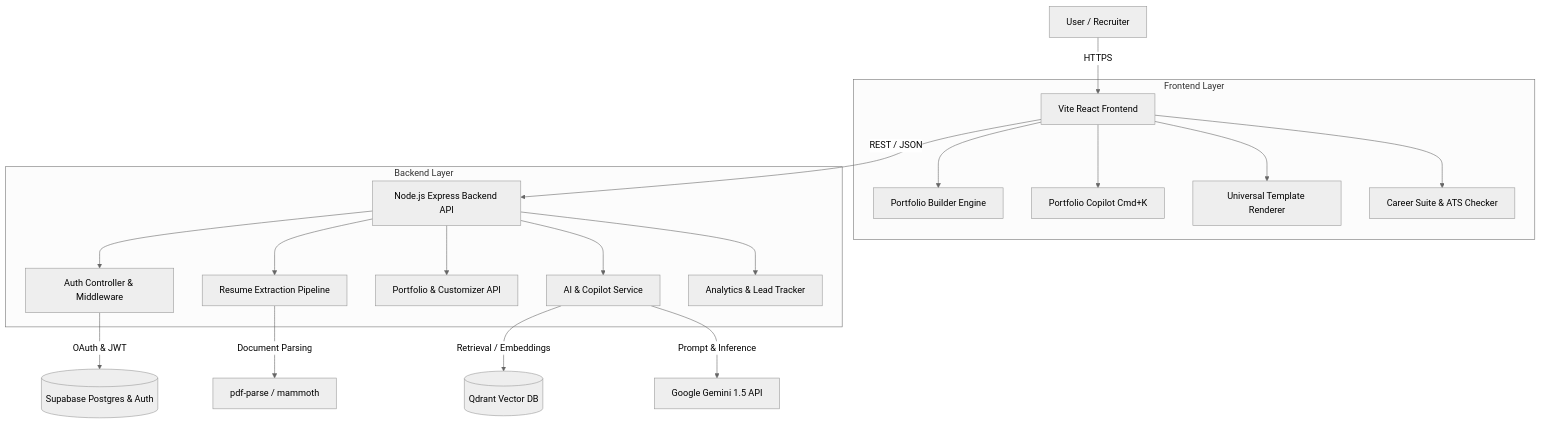
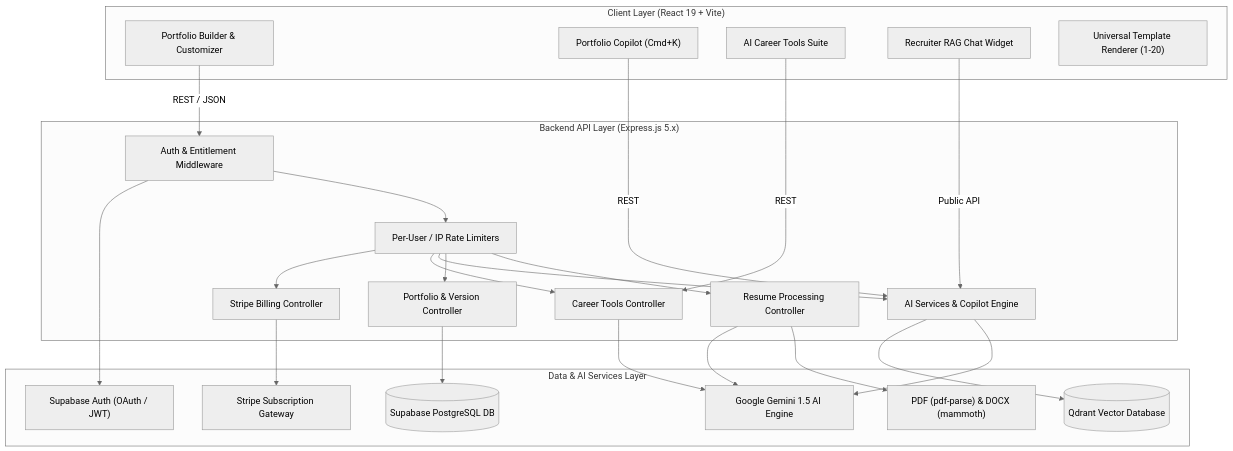
The first of 6 diagrams in README.md (ishanbagra18/portfolio.ai), drawn with Mermaid (neutral theme) before and after one commit. The commit also changed other lines of this file, not shown here.

````diff
--- a/README.md
+++ b/README.md
@@ -105,26 +80,50 @@
 ```mermaid
-flowchart TD
-    A[User / Recruiter] -->|HTTPS| B[Vite React Frontend]
-    
-    subgraph Frontend Layer
-        B --> C[Portfolio Builder Engine]
-        B --> D[Portfolio Copilot Cmd+K]
-        B --> E[Universal Template Renderer]
-        B --> F[Career Suite & ATS Checker]
-    end
-    
-    B -->|REST / JSON| G[Node.js Express Backend API]
-    
-    subgraph Backend Layer
-        G --> H[Auth Controller & Middleware]
-        G --> I[Resume Extraction Pipeline]
-        G --> J[Portfolio & Customizer API]
-        G --> K[AI & Copilot Service]
-        G --> L[Analytics & Lead Tracker]
+graph TD
+    subgraph Client ["Client Layer (React 19 + Vite)"]
+        UI["Portfolio Builder & Customizer"]
+        Copilot["Portfolio Copilot (Cmd+K)"]
+        CareerSuite["AI Career Tools Suite"]
+        RAGWidget["Recruiter RAG Chat Widget"]
+        TemplateEng["Universal Template Renderer (1-20)"]
     end
 
-    H -->|OAuth & JWT| M[(Supabase Postgres & Auth)]
-    I -->|Document Parsing| N[pdf-parse / mammoth]
-    K -->|Retrieval / Embeddings| O[(Qdrant Vector DB)]
-    K -->|Prompt & Inference| P[Google Gemini 1.5 API]
+    subgraph Backend ["Backend API Layer (Express.js 5.x)"]
+        AuthMiddleware["Auth & Entitlement Middleware"]
+        RateLimiter["Per-User / IP Rate Limiters"]
+        ResumeCtrl["Resume Processing Controller"]
+        PortfolioCtrl["Portfolio & Version Controller"]
+        AICtrl["AI Services & Copilot Engine"]
+        CareerCtrl["Career Tools Controller"]
+        BillingCtrl["Stripe Billing Controller"]
+    end
+
+    subgraph Data ["Data & AI Services Layer"]
+        SupabaseDB[("Supabase PostgreSQL DB")]
+        SupabaseAuth["Supabase Auth (OAuth / JWT)"]
+        QdrantDB[("Qdrant Vector Database")]
+        GeminiAI["Google Gemini 1.5 AI Engine"]
+        DocParsers["PDF (pdf-parse) & DOCX (mammoth)"]
+        StripeAPI["Stripe Subscription Gateway"]
+    end
+
+    UI -->|REST / JSON| AuthMiddleware
+    Copilot -->|REST| AICtrl
+    CareerSuite -->|REST| CareerCtrl
+    RAGWidget -->|Public API| AICtrl
+
+    AuthMiddleware --> RateLimiter
+    RateLimiter --> ResumeCtrl
+    RateLimiter --> PortfolioCtrl
+    RateLimiter --> AICtrl
+    RateLimiter --> CareerCtrl
+    RateLimiter --> BillingCtrl
+
+    ResumeCtrl --> DocParsers
+    ResumeCtrl --> GeminiAI
+    PortfolioCtrl --> SupabaseDB
+    AICtrl --> GeminiAI
+    AICtrl --> QdrantDB
+    CareerCtrl --> GeminiAI
+    BillingCtrl --> StripeAPI
+    AuthMiddleware --> SupabaseAuth
 ```
````
